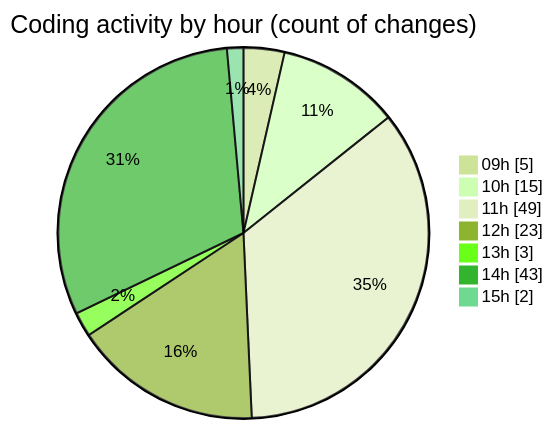
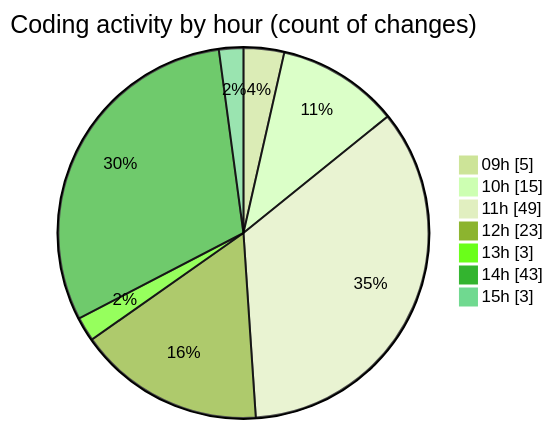
One commit to CELIANVF/code-tracking changed the second of 2 diagrams in 2025-06-13/ecodeli-1/README.md. Above: the diagram before and after it, drawn with Mermaid (forest theme). The commit also changed other lines of this file and 1 other file, not shown here.

````diff
--- a/2025-06-13/ecodeli-1/README.md
+++ b/2025-06-13/ecodeli-1/README.md
@@ -59,11 +59,11 @@
 ```mermaid
 pie showData
 title Coding activity by hour (count of changes)
 "09h" : 5
 "10h" : 15
 "11h" : 49
 "12h" : 23
 "13h" : 3
 "14h" : 43
-"15h" : 2
+"15h" : 3
 ```
````
